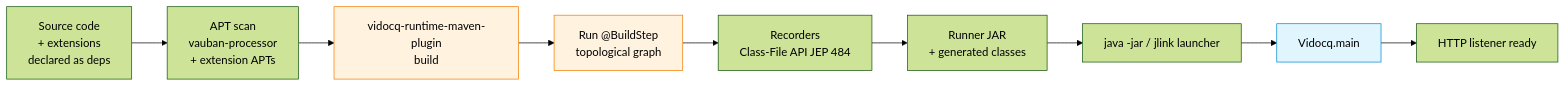
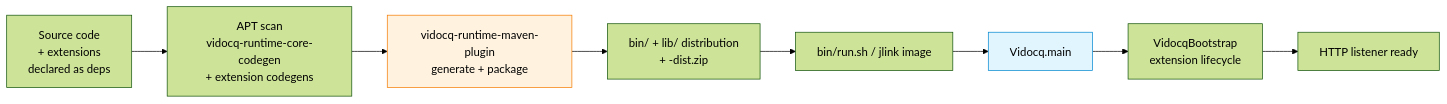
One commit to vidocq-stack/vidocq changed the first of 3 diagrams in docs/en/modules/ROOT/pages/internals.adoc. Above: the diagram before and after it, drawn with Mermaid (forest theme). The commit also changed other lines of this file and 10 other files, not shown here.

```diff
--- a/docs/en/modules/ROOT/pages/internals.adoc
+++ b/docs/en/modules/ROOT/pages/internals.adoc
@@ -9,16 +9,14 @@
 [mermaid]
 ....
 flowchart LR
-    SRC[Source code<br/>+ extensions<br/>declared as deps] --> APT[APT scan<br/>vauban-processor<br/>+ extension APTs]
-    APT --> PLUGIN[vidocq-runtime-maven-plugin<br/>build]
-    PLUGIN --> BUILDSTEPS[Run @BuildStep<br/>topological graph]
-    BUILDSTEPS --> RECORDERS[Recorders<br/>Class-File API JEP 484]
-    RECORDERS --> JAR[Runner JAR<br/>+ generated classes]
-    JAR --> JAVA[java -jar / jlink launcher]
+    SRC[Source code<br/>+ extensions<br/>declared as deps] --> APT[APT scan<br/>vidocq-runtime-core-codegen<br/>+ extension codegens]
+    APT --> PLUGIN[vidocq-runtime-maven-plugin<br/>generate + package]
+    PLUGIN --> DIST[bin/ + lib/ distribution<br/>+ -dist.zip]
+    DIST --> JAVA[bin/run.sh / jlink image]
     JAVA --> BOOT[Vidocq.main]
-    BOOT --> READY[HTTP listener ready]
+    BOOT --> LIFE[VidocqBootstrap<br/>extension lifecycle]
+    LIFE --> READY[HTTP listener ready]
 
     style PLUGIN fill:#fff3e0,stroke:#f57c00
-    style BUILDSTEPS fill:#fff3e0,stroke:#f57c00
     style BOOT fill:#e1f5fe,stroke:#0288d1
 ....
```
